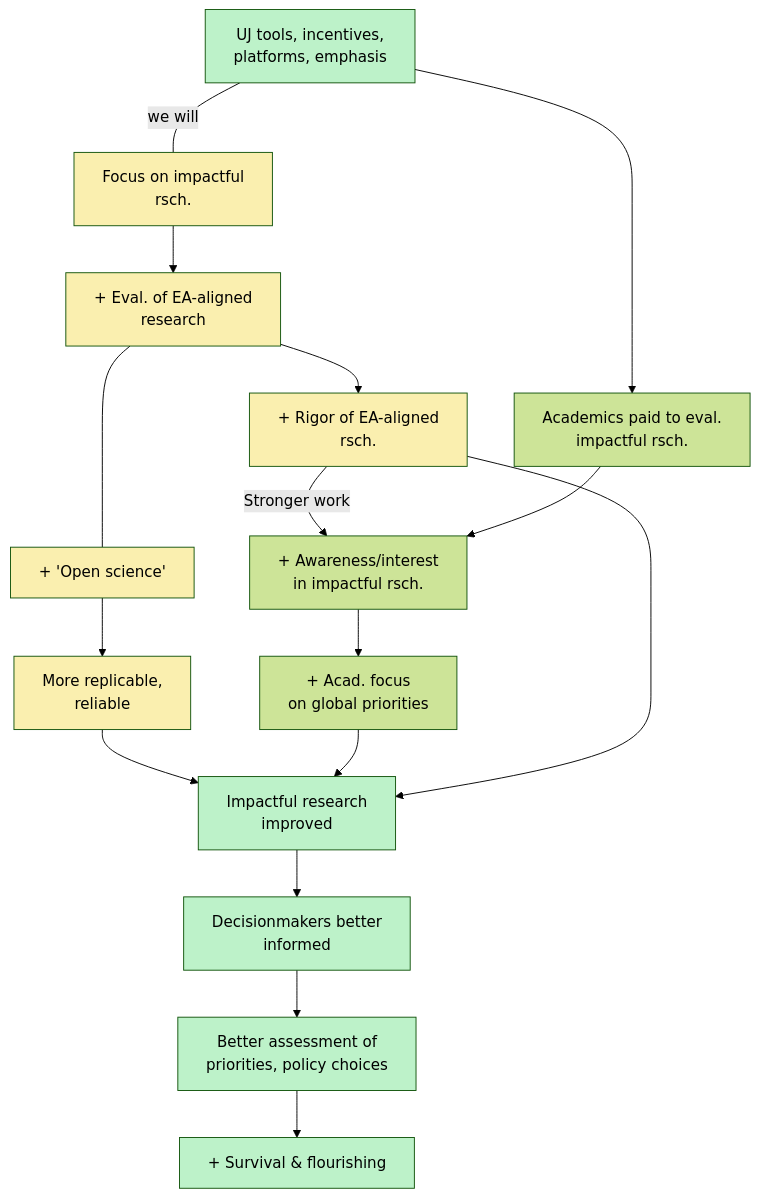
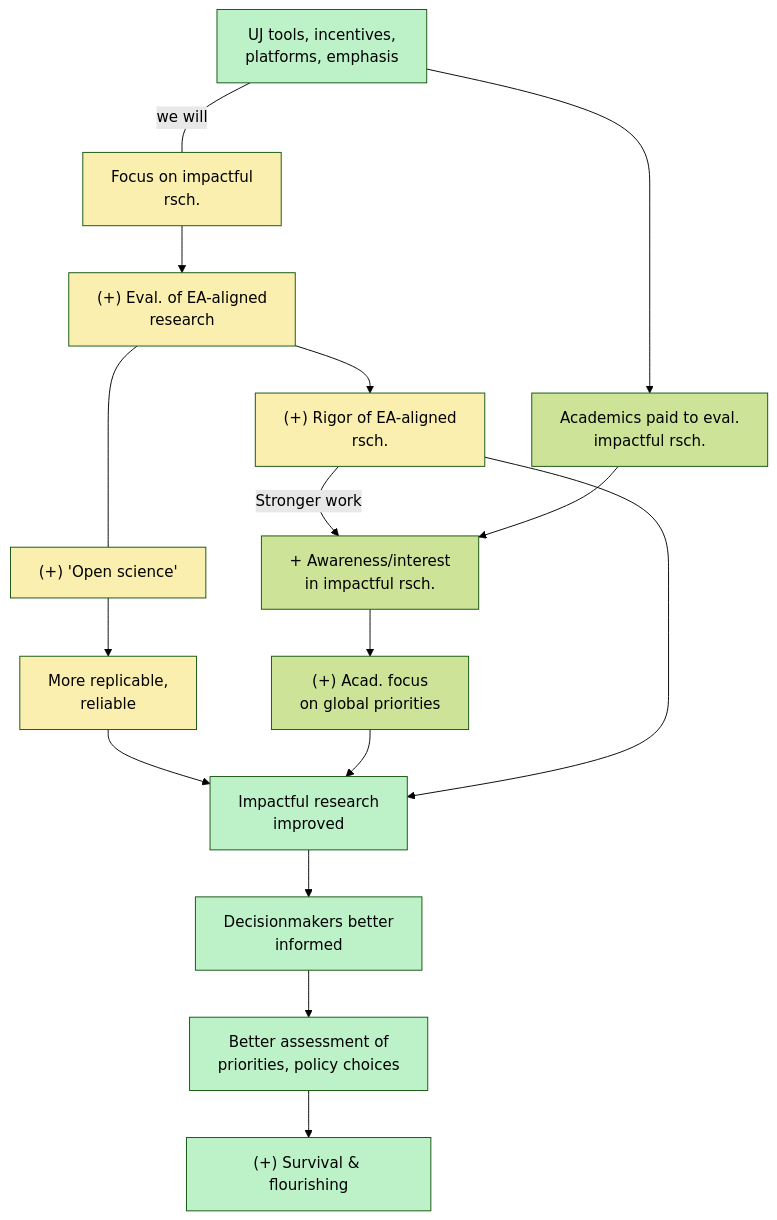
One commit to unjournal/unjournal_gitbook changed the second of 2 diagrams in benefits-and-features/global-priorities-theory-of-change/README.md. Above: the diagram before and after it, drawn with Mermaid (forest theme). The commit also changed other lines of this file, not shown here.

Commit message:
GITBOOK-606: No subject

````diff
--- a/benefits-and-features/global-priorities-theory-of-change/README.md
+++ b/benefits-and-features/global-priorities-theory-of-change/README.md
@@ -116,18 +118,18 @@
 ```mermaid
 graph TD
 classDef Direct fill:#faefaf
 classDef Multi fill:#bdf2c9
 
 A0["UJ tools, incentives, <br/> platforms, emphasis"]:::Multi --"we will"--- FocusEA["Focus on impactful <br/> rsch."]:::Direct --> EAR
- EAR["+ evaluation of <br/> EA-aligned rsch."]:::Direct 
-EAR --> EARig["+ Rigor of EA-aligned <br/> rsch."]:::Direct 
-EAR["+ Eval. of EA-aligned <br/> research"]:::Direct --- OF["+ 'Open science'"]:::Direct --> EARO["More replicable, <br/> reliable"]:::Direct --> A1["Impactful research <br/> improved"]:::Multi 
-EARig --"Stronger work"--> AcadAware["+ Awareness/interest <br/> in impactful rsch."]
+ EAR["(+) evaluation of <br/> EA-aligned rsch."]:::Direct 
+EAR --> EARig["(+) Rigor of EA-aligned <br/> rsch."]:::Direct 
+EAR["(+) Eval. of EA-aligned <br/> research"]:::Direct --- OF["(+) 'Open science'"]:::Direct --> EARO["More replicable, <br/> reliable"]:::Direct --> A1["Impactful research <br/> improved"]:::Multi 
+EARig --"Stronger work"--> AcadAware["(+) Awareness & interest <br/> in impactful rsch."]
 A1:::Multi  --> A2["Decisionmakers better <br/> informed"]:::Direct
 D1 --> A1:::Multi 
 EARig --> A1:::Multi 
-A0 --> PayAcad["Academics paid to eval. <br/> impactful rsch."]:::Integrate --> AcadAware["+ Awareness/interest <br/> in impactful rsch."]:::Integrate --> D1["+ Acad. focus <br/> on global priorities"]:::Integrate 
+A0 --> PayAcad["Academics paid to eval. <br/> impactful rsch."]:::Integrate --> AcadAware["+ Awareness/interest <br/> in impactful rsch."]:::Integrate --> D1["(+) Acad. focus <br/> on global priorities"]:::Integrate 
 
-A2:::Multi --> E1["Better assessment of <br/> priorities, policy choices"]:::Multi --> O["+ Survival & flourishing"]:::Multi 
+A2:::Multi --> E1["Better assessment of <br/> priorities, policy choices"]:::Multi --> O["(+) Survival & flourishing"]:::Multi 
 
 ```
````
